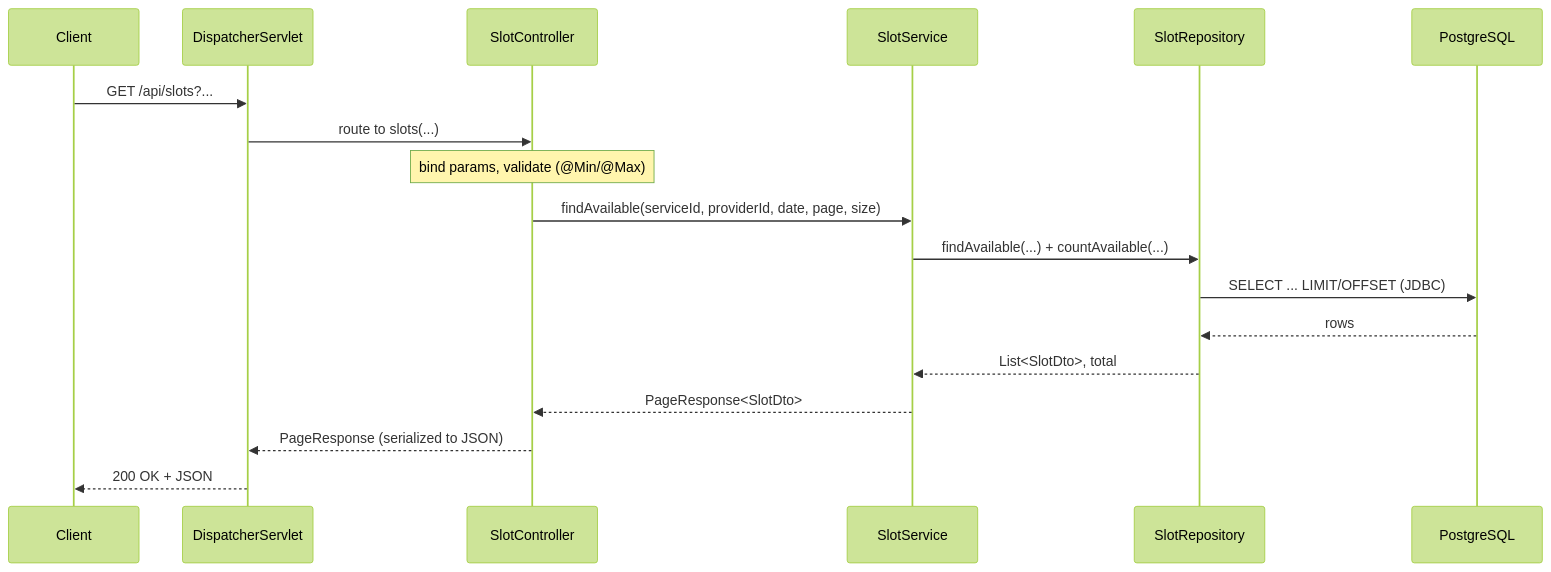
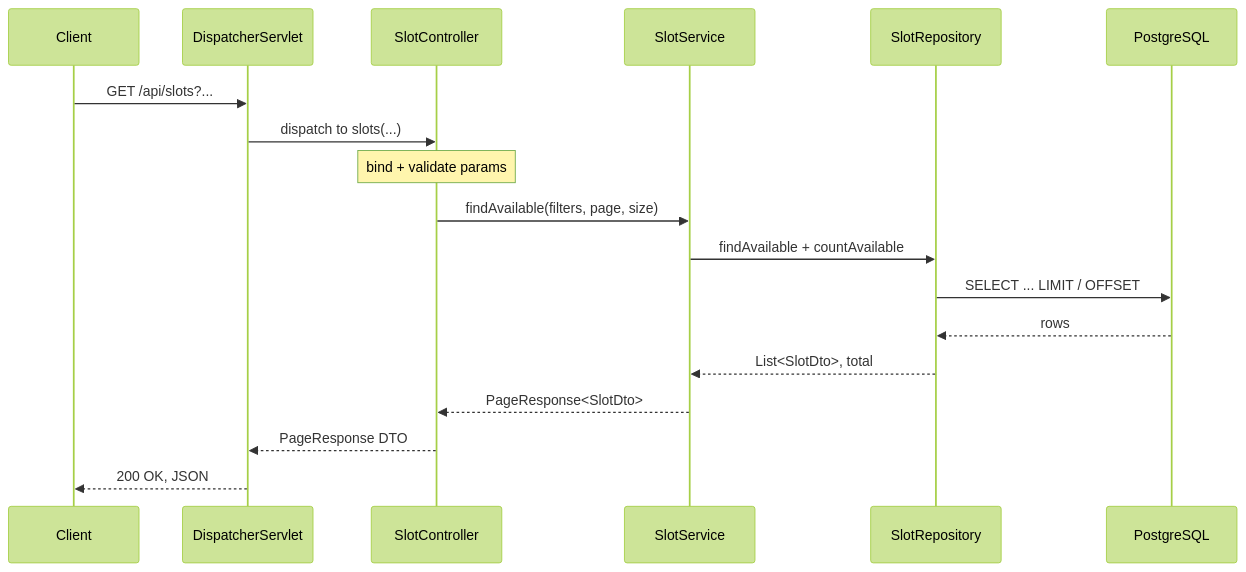
The diagram in docs/request-flow.md (weslayer/cmpe172), drawn with Mermaid (forest theme) before and after one commit. The commit also changed 1 other file, not shown here.

Commit message:
tidy architecture and request flow diagrams

````diff
--- a/docs/request-flow.md
+++ b/docs/request-flow.md
@@ -7,21 +7,21 @@
 ```mermaid
 sequenceDiagram
     participant C as Client
     participant DS as DispatcherServlet
     participant Ctrl as SlotController
     participant Svc as SlotService
     participant Repo as SlotRepository
     participant DB as PostgreSQL
 
     C->>DS: GET /api/slots?...
-    DS->>Ctrl: route to slots(...)
-    Note over Ctrl: bind params, validate (@Min/@Max)
-    Ctrl->>Svc: findAvailable(serviceId, providerId, date, page, size)
-    Svc->>Repo: findAvailable(...) + countAvailable(...)
-    Repo->>DB: SELECT ... LIMIT/OFFSET  (JDBC)
+    DS->>Ctrl: dispatch to slots(...)
+    Note over Ctrl: bind + validate params
+    Ctrl->>Svc: findAvailable(filters, page, size)
+    Svc->>Repo: findAvailable + countAvailable
+    Repo->>DB: SELECT ... LIMIT / OFFSET
     DB-->>Repo: rows
     Repo-->>Svc: List<SlotDto>, total
     Svc-->>Ctrl: PageResponse<SlotDto>
-    Ctrl-->>DS: PageResponse (serialized to JSON)
-    DS-->>C: 200 OK + JSON
+    Ctrl-->>DS: PageResponse DTO
+    DS-->>C: 200 OK, JSON
 ```
````
